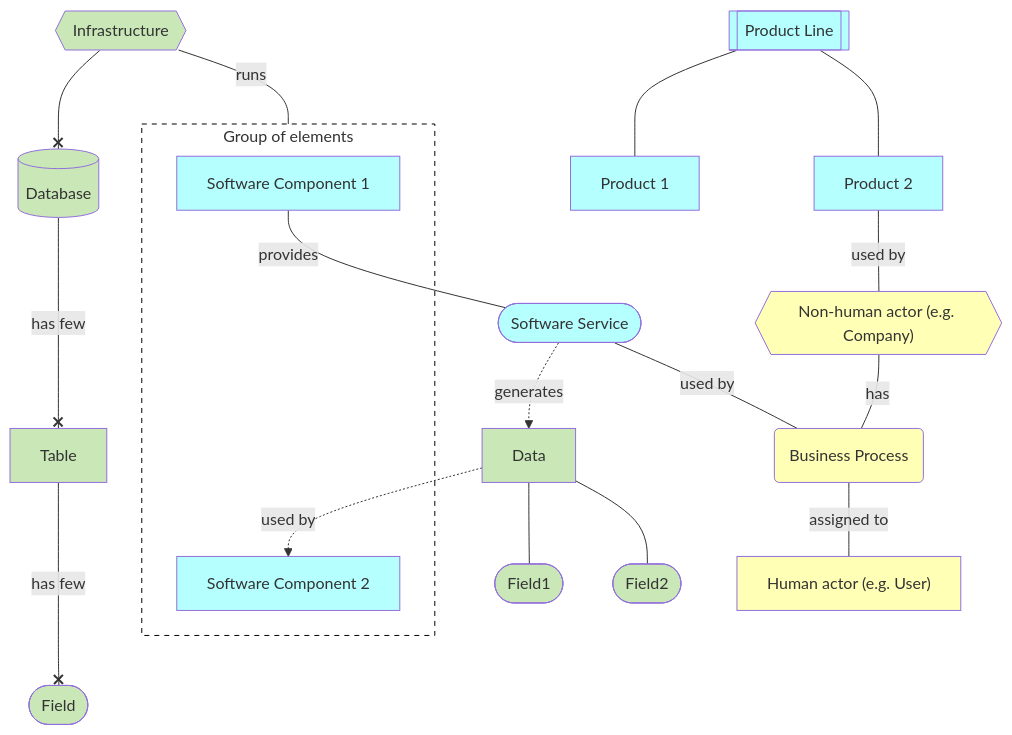
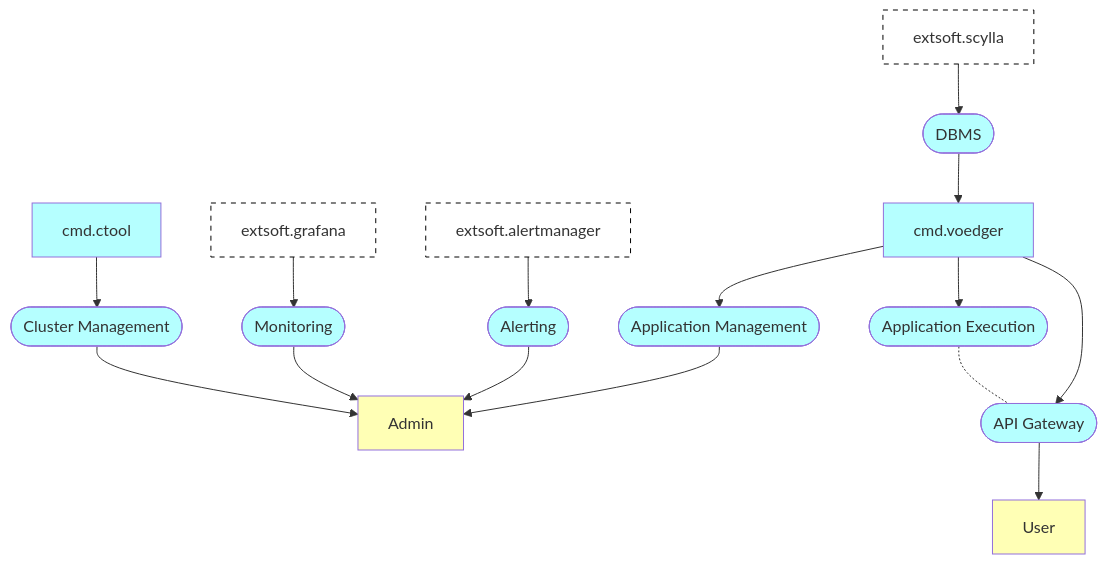
The second of 14 diagrams in design/README.md (voedger/voedger), drawn with Mermaid before and after one commit. The commit also changed other lines of this file and 12 other files, not shown here.

````diff
--- a/design/README.md
+++ b/design/README.md
@@ -15,58 +48,50 @@
 ```mermaid
-flowchart TD
+  graph TD
 
-  %% Entities =================================
+  %% Entities ====================
 
-  Infrastructure{{Infrastructure}}:::H
-  Database[(Database)]:::H
-  Table:::H
-  Field([Field]):::H
-  Data:::H
-  DataField1([Field1]):::H
-  DataField2([Field2]):::H
+  Admin[Admin]:::B
+  User[User]:::B
 
-  ProductLine[[Product Line]]:::S
-    ProductLine --- Product1[Product 1]:::S
-    ProductLine --- Product2[Product 2]:::S
+  cmd.voedger:::S
+  cmd.ctool:::S  
+  grafana[extsoft.grafana]:::G
+  alertmanager[extsoft.alertmanager]:::G
+  scylla[extsoft.scylla]:::G
 
-  SoftwareComponents:::G
-  subgraph SoftwareComponents[Group of elements]
-    SoftwareComponent[Software Component 1]:::S
-    SoftwareComponent2[Software Component 2]:::S
-  end
+  DBMS([DBMS]):::S
   
-  SoftwareService([Software Service]):::S  
-  
-  User:::B
-  Company{{"Non-human actor (e.g. Company)"}}:::B
-  BusinessProcess(Business Process):::B
+  ClusterMgmt([Cluster Management]):::S
+  Monitoring([Monitoring]):::S
+  Alerting([Alerting]):::S
+  AppMgmt([Application Management]):::S  
+  RunApp([Application Execution]):::S
+  APIGateway([API Gateway]):::S
 
+  %% Relations ====================
 
-  %% Relations =================================
+  scylla --> DBMS
+  DBMS --> cmd.voedger
 
-  Infrastructure ---|runs| SoftwareComponents
+  cmd.ctool --> ClusterMgmt
+  ClusterMgmt --> Admin
 
-  SoftwareComponent --- |provides| SoftwareService
+  grafana --> Monitoring
+  alertmanager --> Alerting
+  Monitoring --> Admin
+  Alerting --> Admin
 
-  Infrastructure --x Database
-  Database ---x|has few| Table
-  Table ---x|has few| Field
+  cmd.voedger --> AppMgmt
+  AppMgmt --> Admin
 
-  SoftwareService -.->|generates| Data
+  cmd.voedger --> RunApp
+  RunApp -.- APIGateway
 
-  SoftwareService --- |used by| BusinessProcess
-  BusinessProcess --- |assigned to| User["Human actor (e.g. User)"]
+  cmd.voedger --> APIGateway
+  APIGateway --> User
 
-  Data -.->|used by| SoftwareComponent2
-
-  Data --- DataField1
-  Data --- DataField2
-
-  Product2 --- |used by| Company
-  Company --- |has| BusinessProcess
-
-  classDef G fill:#FFFFFF,stroke:#000000, stroke-width:1px, stroke-dasharray: 5 5
-  classDef B fill:#FFFFB5,color:#333
+  classDef B fill:#FFFFB5
   classDef S fill:#B5FFFF
   classDef H fill:#C9E7B7
+  classDef G fill:#FFFFFF,stroke:#000000, stroke-width:1px, stroke-dasharray: 5 5
 ```
````
